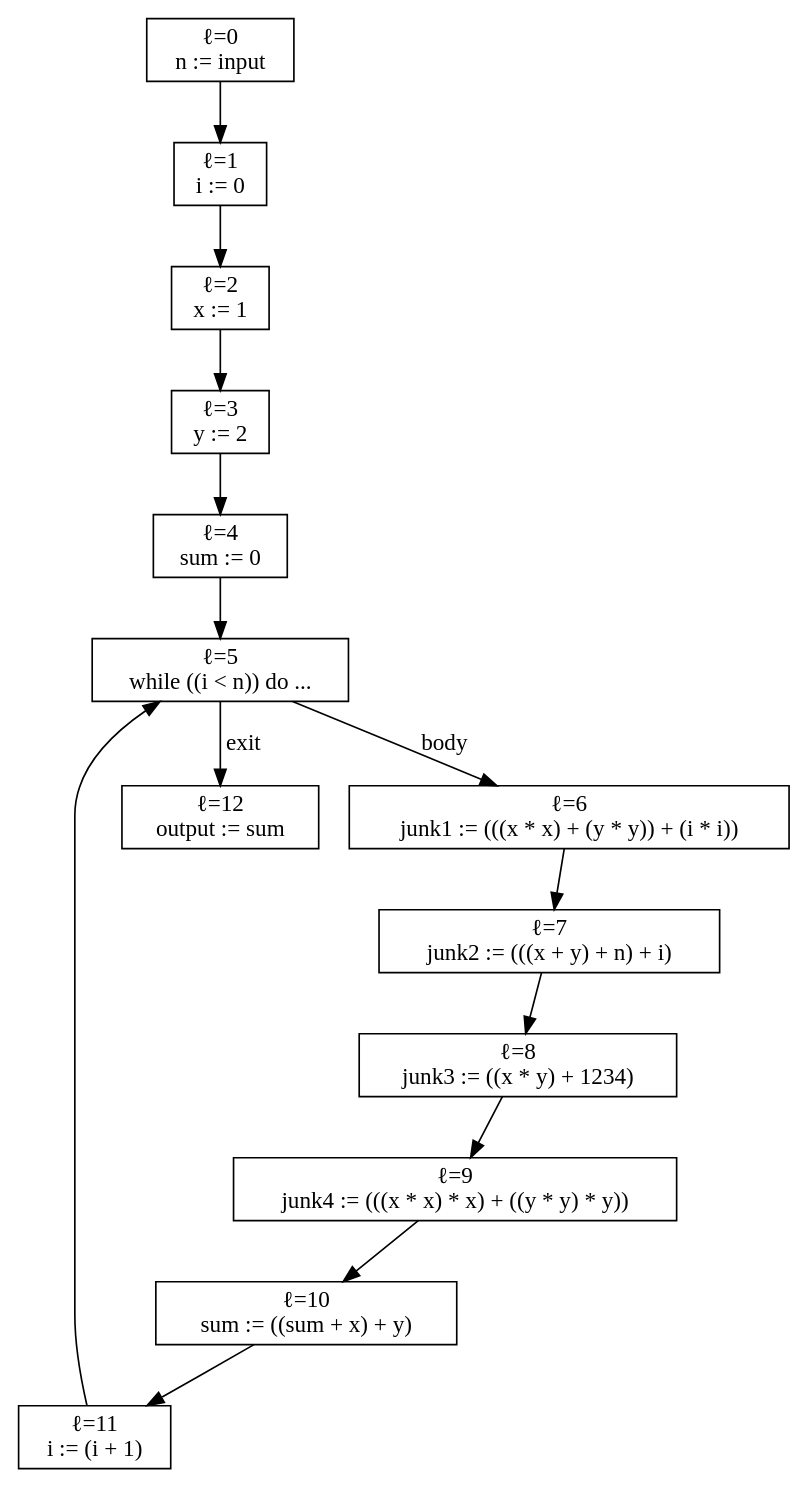
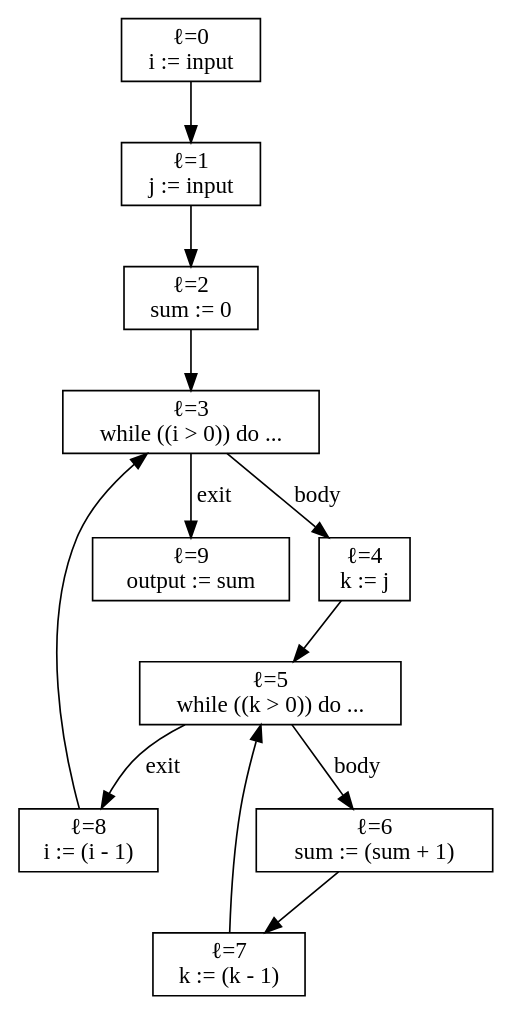
One commit to CatchSyntaxTerror/Terminators changed the diagram in project2/src/dotfiles/cfg.dot. Above: the diagram before and after it, drawn with Graphviz. The commit also changed 17 other files, not shown here.

```diff
--- a/project2/src/dotfiles/cfg.dot
+++ b/project2/src/dotfiles/cfg.dot
@@ -1,29 +1,24 @@
 digraph CFG {
   node [shape=box];
-  12 [label="ℓ=12\noutput := sum"];
-  11 [label="ℓ=11\ni := (i + 1)"];
-  10 [label="ℓ=10\nsum := ((sum + x) + y)"];
-  9 [label="ℓ=9\njunk4 := (((x * x) * x) + ((y * y) * y))"];
-  8 [label="ℓ=8\njunk3 := ((x * y) + 1234)"];
-  7 [label="ℓ=7\njunk2 := (((x + y) + n) + i)"];
-  6 [label="ℓ=6\njunk1 := (((x * x) + (y * y)) + (i * i))"];
-  5 [label="ℓ=5\nwhile ((i < n)) do ..."];
-  4 [label="ℓ=4\nsum := 0"];
-  3 [label="ℓ=3\ny := 2"];
-  2 [label="ℓ=2\nx := 1"];
-  1 [label="ℓ=1\ni := 0"];
-  0 [label="ℓ=0\nn := input"];
-  11 -> 5;
-  10 -> 11;
-  9 -> 10;
-  8 -> 9;
-  7 -> 8;
+  9 [label="ℓ=9\noutput := sum"];
+  8 [label="ℓ=8\ni := (i - 1)"];
+  7 [label="ℓ=7\nk := (k - 1)"];
+  6 [label="ℓ=6\nsum := (sum + 1)"];
+  5 [label="ℓ=5\nwhile ((k > 0)) do ..."];
+  4 [label="ℓ=4\nk := j"];
+  3 [label="ℓ=3\nwhile ((i > 0)) do ..."];
+  2 [label="ℓ=2\nsum := 0"];
+  1 [label="ℓ=1\nj := input"];
+  0 [label="ℓ=0\ni := input"];
+  8 -> 3;
+  7 -> 5;
   6 -> 7;
   5 -> 6 [label="body"];
-  5 -> 12 [label="exit"];
+  5 -> 8 [label="exit"];
   4 -> 5;
-  3 -> 4;
+  3 -> 4 [label="body"];
+  3 -> 9 [label="exit"];
   2 -> 3;
   1 -> 2;
   0 -> 1;
 }
```
